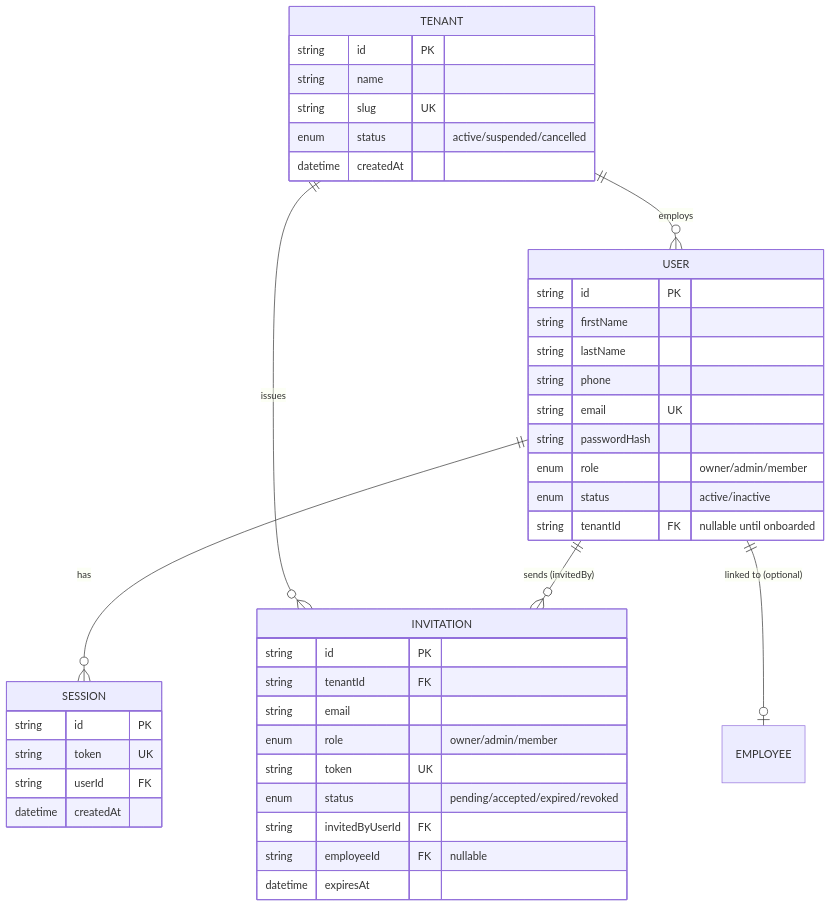
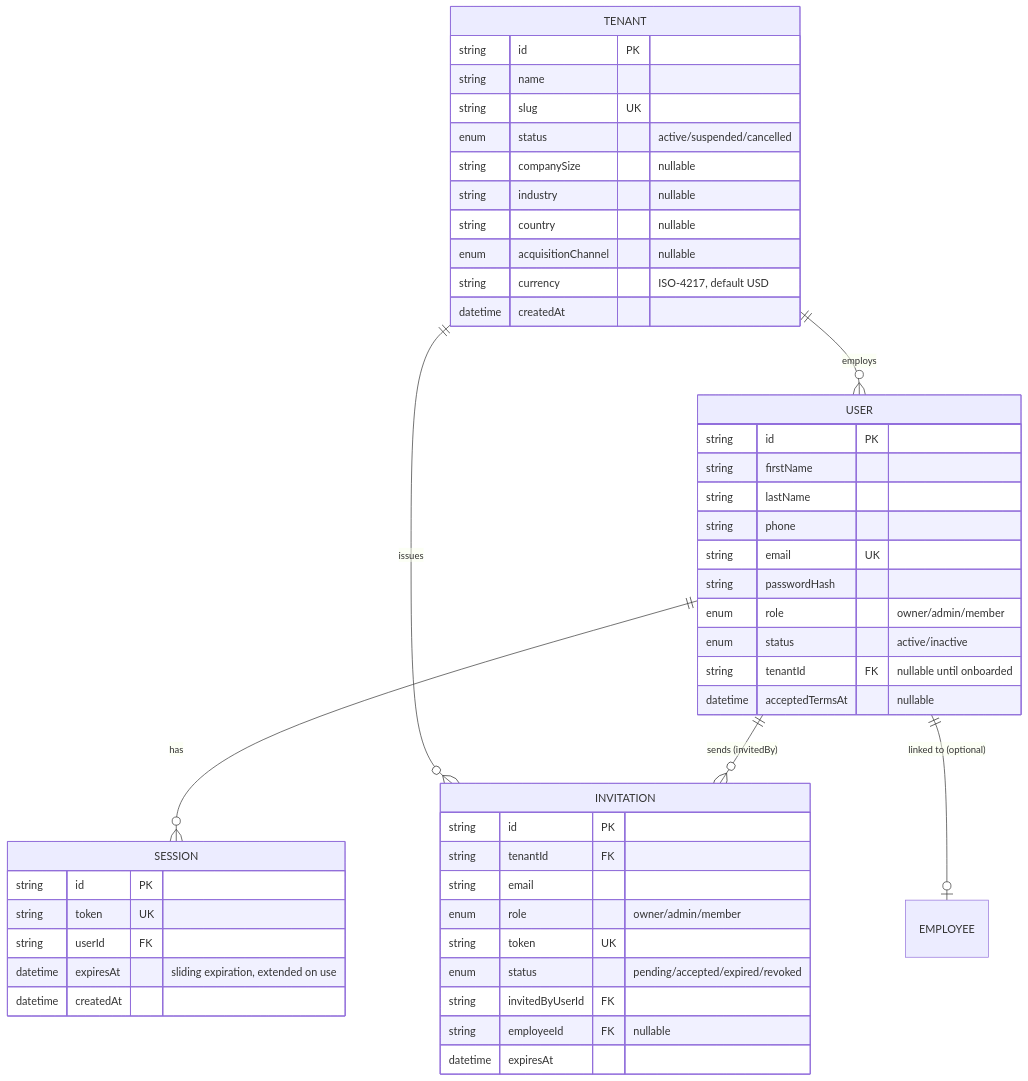
The first of 5 diagrams in docs/database-schema.md (ABravo2025/northstack), drawn with Mermaid before and after one commit. The commit also changed other lines of this file and 5 other files, not shown here.

First line of the commit message:
Update docs, context, process, and DB schema for Clients redesign + router split

````diff
--- a/docs/database-schema.md
+++ b/docs/database-schema.md
@@ -17,44 +19,51 @@
 ```mermaid
 erDiagram
     TENANT ||--o{ USER : "employs"
     TENANT ||--o{ INVITATION : "issues"
     USER ||--o{ SESSION : "has"
     USER ||--o{ INVITATION : "sends (invitedBy)"
     USER ||--o| EMPLOYEE : "linked to (optional)"
 
     TENANT {
         string id PK
         string name
         string slug UK
         enum status "active/suspended/cancelled"
+        string companySize "nullable"
+        string industry "nullable"
+        string country "nullable"
+        enum acquisitionChannel "nullable"
+        string currency "ISO-4217, default USD"
         datetime createdAt
     }
     USER {
         string id PK
         string firstName
         string lastName
         string phone
         string email UK
         string passwordHash
         enum role "owner/admin/member"
         enum status "active/inactive"
         string tenantId FK "nullable until onboarded"
+        datetime acceptedTermsAt "nullable"
     }
     SESSION {
         string id PK
         string token UK
         string userId FK
+        datetime expiresAt "sliding expiration, extended on use"
         datetime createdAt
     }
     INVITATION {
         string id PK
         string tenantId FK
         string email
         enum role "owner/admin/member"
         string token UK
         enum status "pending/accepted/expired/revoked"
         string invitedByUserId FK
         string employeeId FK "nullable"
         datetime expiresAt
     }
 ```
````
